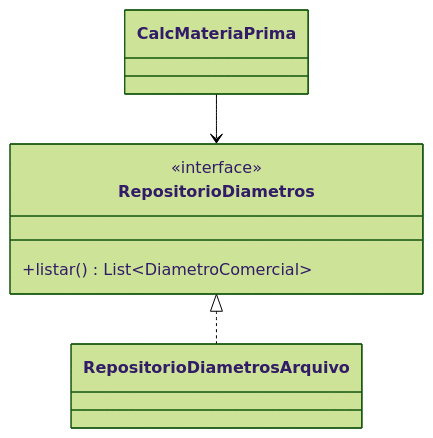
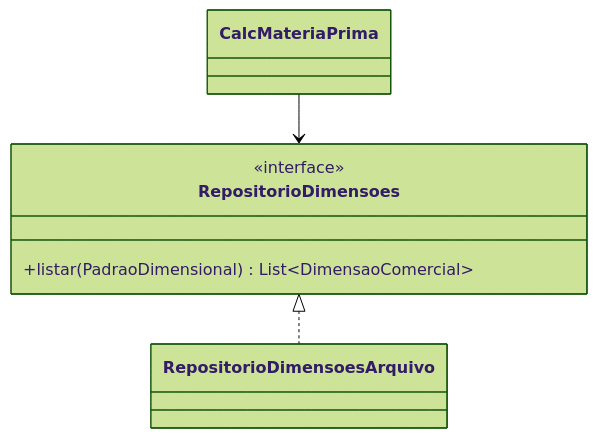
Before and after one commit to rafaelcpinto/MateriaPrima: the third of 3 diagrams in docs/arquitetura.md, drawn with Mermaid (forest theme). The commit also changed other lines of this file and 33 other files, not shown here.

````diff
--- a/docs/arquitetura.md
+++ b/docs/arquitetura.md
@@ -178,13 +125,13 @@
 ```mermaid
 classDiagram
-    class RepositorioDiametros {
+    class RepositorioDimensoes {
         <<interface>>
-        +listar() List~DiametroComercial~
+        +listar(PadraoDimensional) List~DimensaoComercial~
     }
 
-    class RepositorioDiametrosArquivo
+    class RepositorioDimensoesArquivo
     class CalcMateriaPrima
 
-    RepositorioDiametros <|.. RepositorioDiametrosArquivo
-    CalcMateriaPrima --> RepositorioDiametros
+    RepositorioDimensoes <|.. RepositorioDimensoesArquivo
+    CalcMateriaPrima --> RepositorioDimensoes
 ```
````
